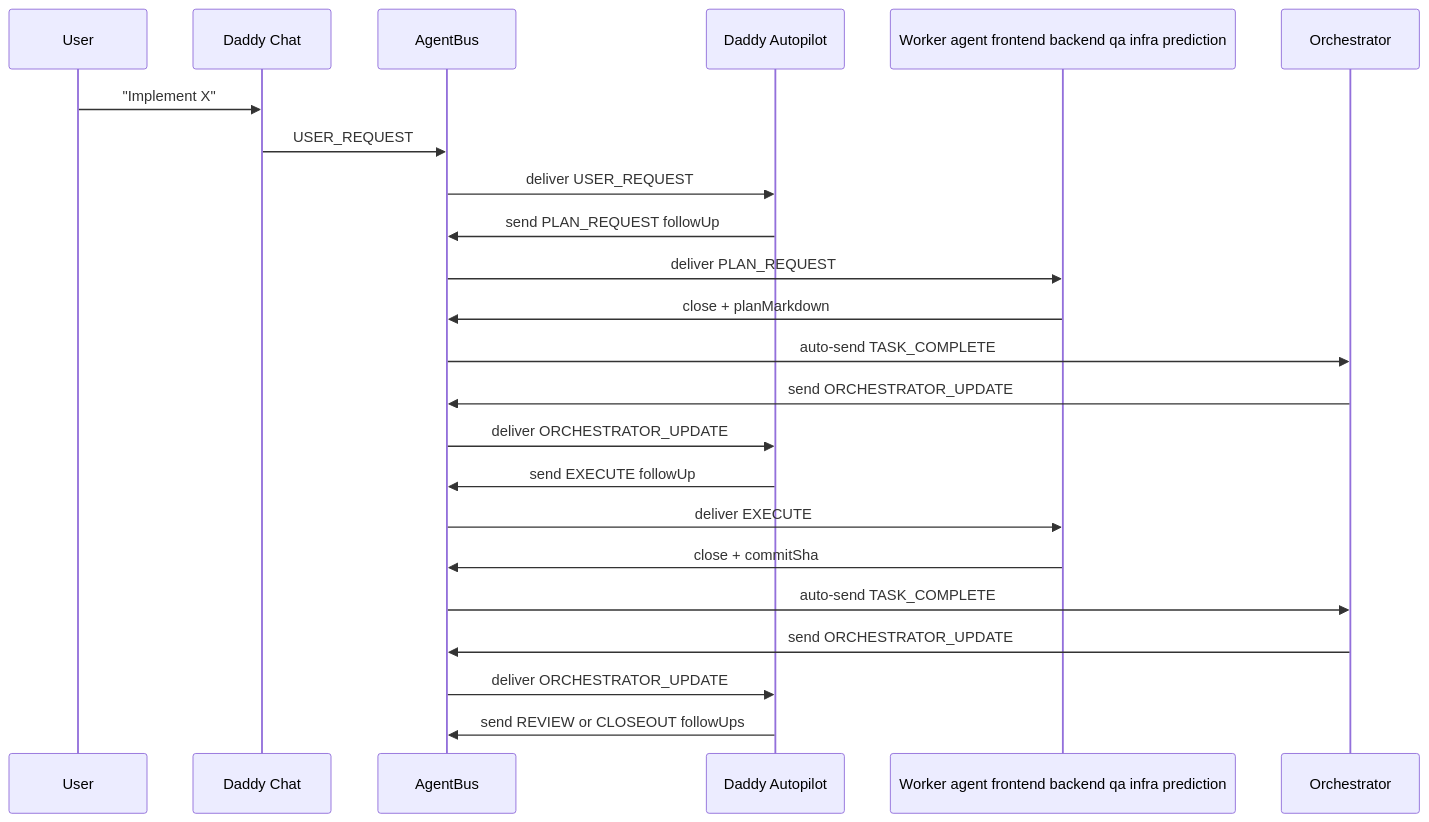
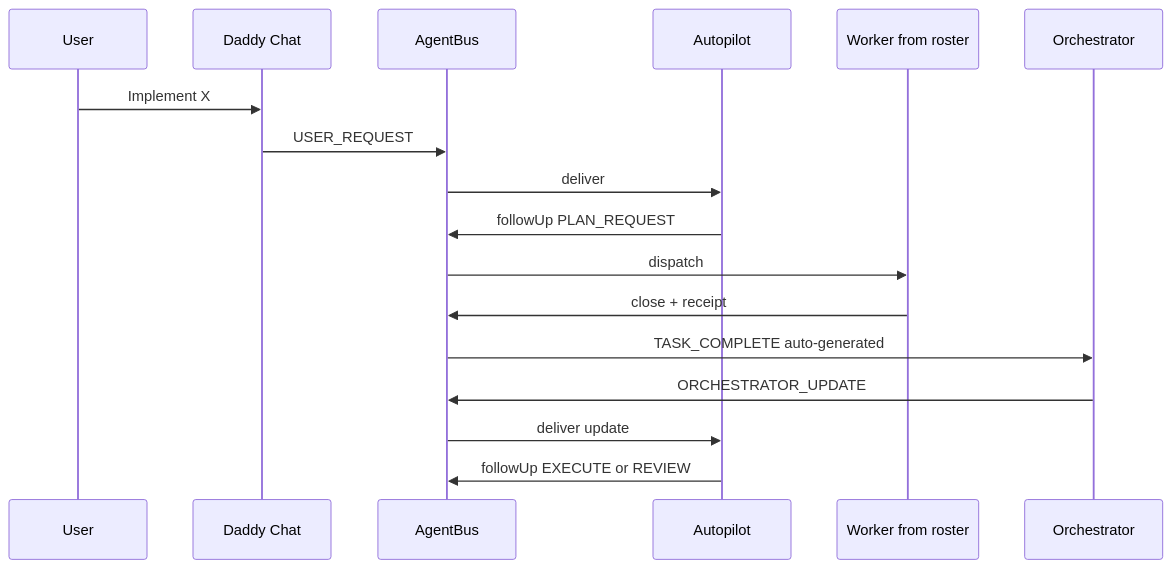
The second of 3 diagrams in docs/agentic/WORKFLOW_VISUALS.md (future3OOO/agentic-cockpit), drawn with Mermaid before and after one commit. The commit also changed other lines of this file and 1 other file, not shown here.

````diff
--- a/docs/agentic/WORKFLOW_VISUALS.md
+++ b/docs/agentic/WORKFLOW_VISUALS.md
@@ -134,26 +34,20 @@
 ```mermaid
 sequenceDiagram
   participant U as User
   participant C as Daddy Chat
   participant B as AgentBus
-  participant A as Daddy Autopilot
-  participant W as Worker agent frontend backend qa infra prediction
+  participant A as Autopilot
+  participant W as Worker from roster
   participant O as Orchestrator
 
-  U->>C: "Implement X"
+  U->>C: Implement X
   C->>B: USER_REQUEST
-  B->>A: deliver USER_REQUEST
-  A->>B: send PLAN_REQUEST followUp
-  B->>W: deliver PLAN_REQUEST
-  W->>B: close + planMarkdown
-  B->>O: auto-send TASK_COMPLETE
-  O->>B: send ORCHESTRATOR_UPDATE
-  B->>A: deliver ORCHESTRATOR_UPDATE
-  A->>B: send EXECUTE followUp
-  B->>W: deliver EXECUTE
-  W->>B: close + commitSha
-  B->>O: auto-send TASK_COMPLETE
-  O->>B: send ORCHESTRATOR_UPDATE
-  B->>A: deliver ORCHESTRATOR_UPDATE
-  A->>B: send REVIEW or CLOSEOUT followUps
+  B->>A: deliver
+  A->>B: followUp PLAN_REQUEST
+  B->>W: dispatch
+  W->>B: close + receipt
+  B->>O: TASK_COMPLETE auto-generated
+  O->>B: ORCHESTRATOR_UPDATE
+  B->>A: deliver update
+  A->>B: followUp EXECUTE or REVIEW
 ```
````
